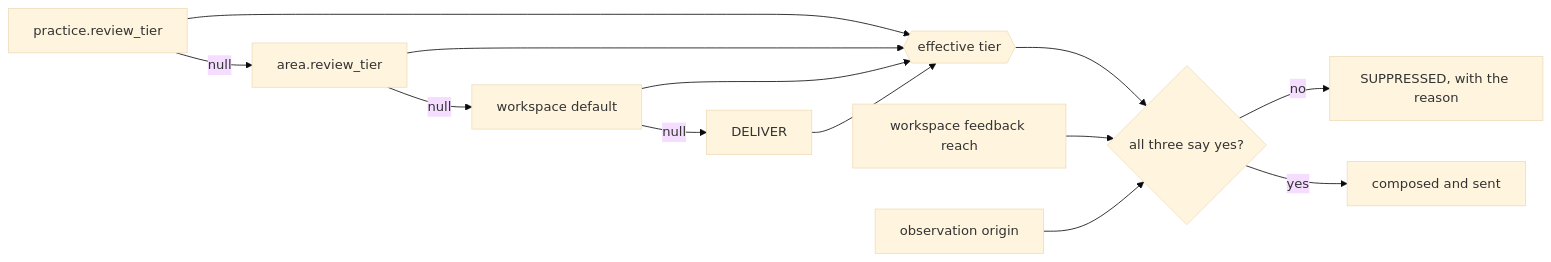
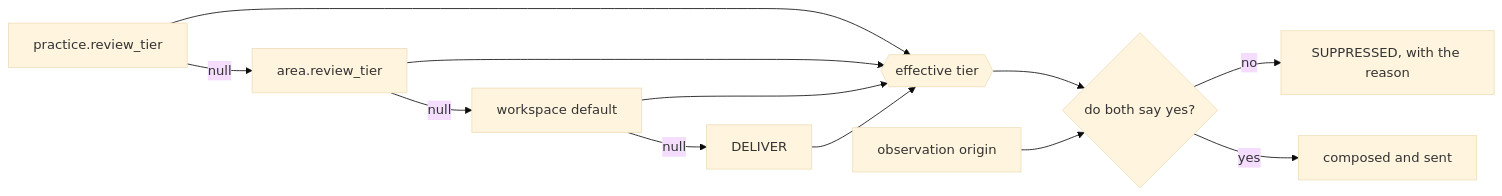
Before and after one commit to ls1intum/Hephaestus: the third of 4 diagrams in docs/contributor/practice-review-pipeline.mdx, drawn with Mermaid (base theme). The commit also changed other lines of this file and 23 other files, not shown here.

````diff
--- a/docs/contributor/practice-review-pipeline.mdx
+++ b/docs/contributor/practice-review-pipeline.mdx
@@ -204,15 +204,14 @@
 ```mermaid
 flowchart LR
     P["practice.review_tier"] -->|null| A["area.review_tier"]
     A -->|null| W["workspace default"]
     W -->|null| D["DELIVER"]
     P --> T{{"effective tier"}}
     A --> T
     W --> T
     D --> T
-    T --> AND{"all three say yes?"}
-    R["workspace feedback reach"] --> AND
+    T --> AND{"do both say yes?"}
     O["observation origin"] --> AND
     AND -->|no| Q["SUPPRESSED, with the reason"]
     AND -->|yes| S["composed and sent"]
 ```
````
